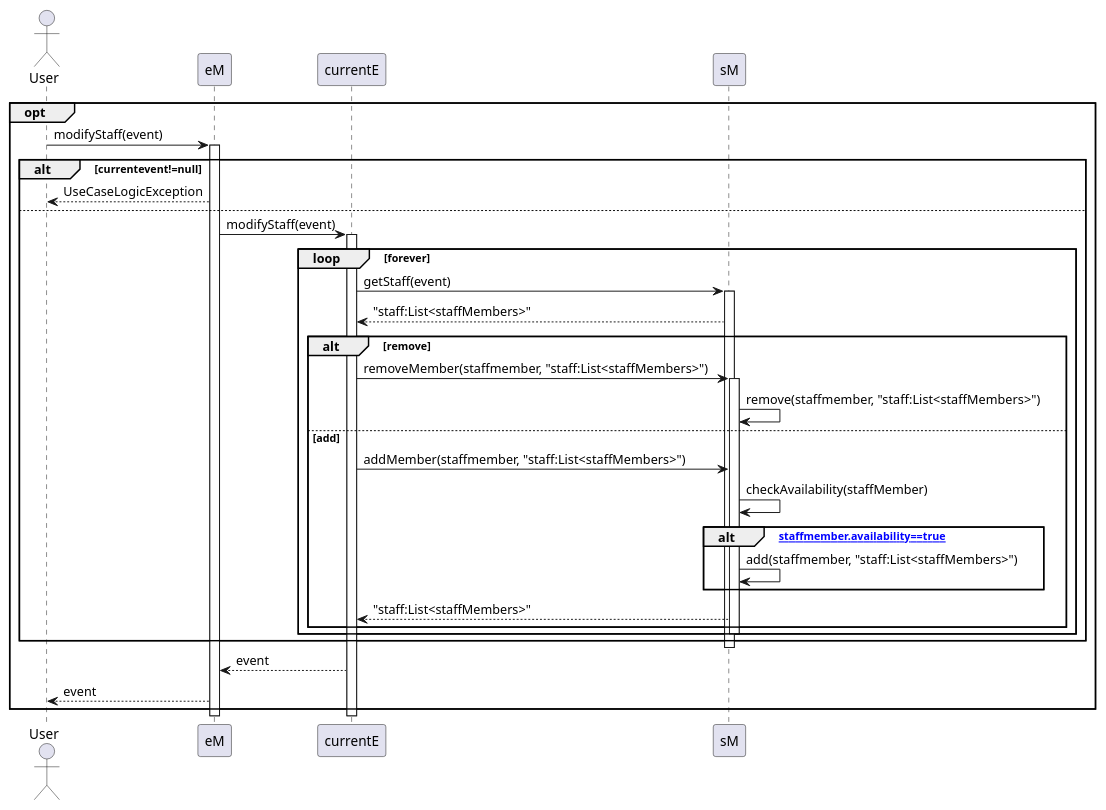
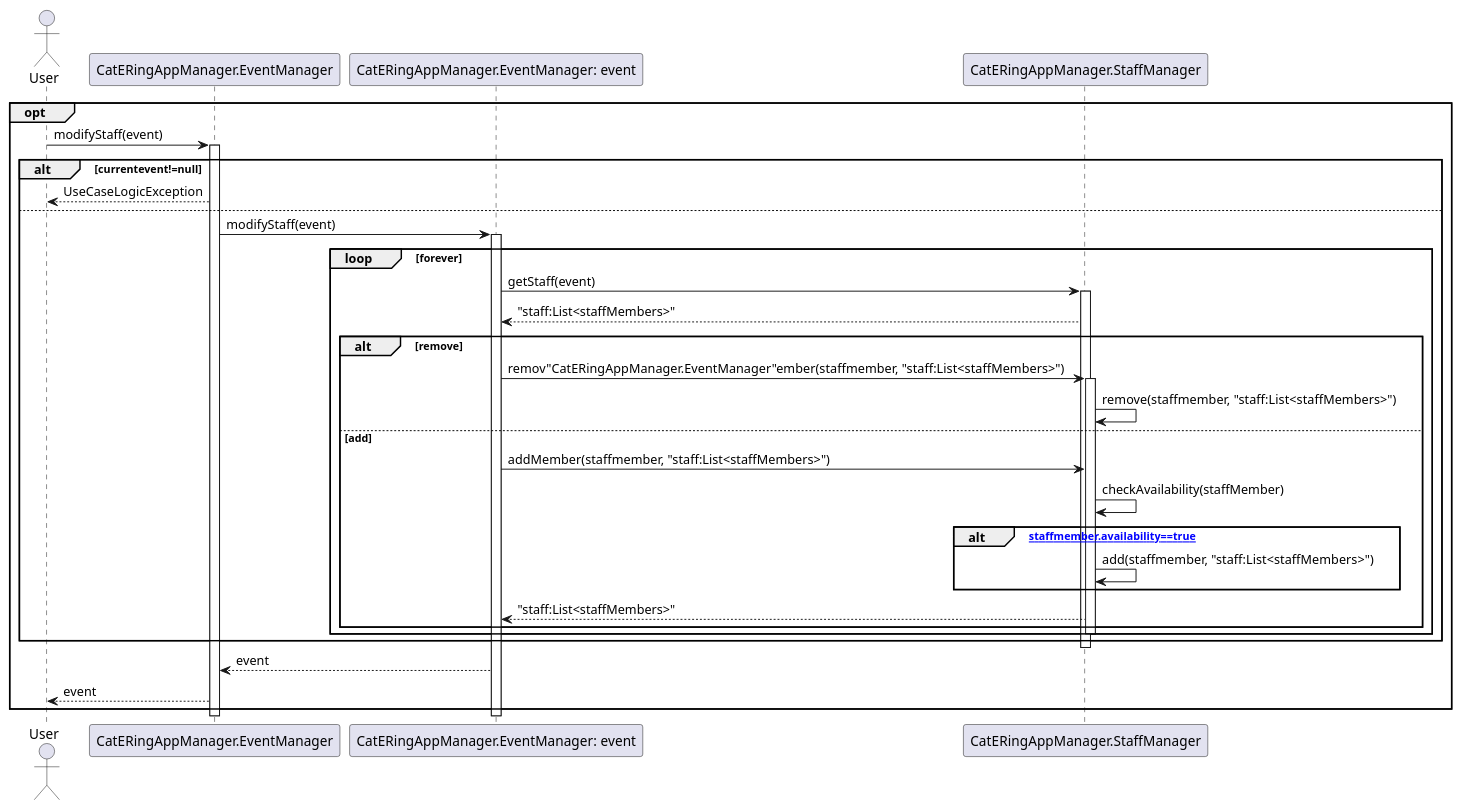
One commit to m0canu1/sas changed the diagram in dsd/dsd-eventi/scenarioPrincipale/modificaPersonale.md. Above: the diagram before and after it, drawn with PlantUML. The commit also changed 7 other files, not shown here.

````diff
--- a/dsd/dsd-eventi/scenarioPrincipale/modificaPersonale.md
+++ b/dsd/dsd-eventi/scenarioPrincipale/modificaPersonale.md
@@ -1,46 +1,46 @@
 ```plantuml
 Actor User
-Participant eM
-Participant currentE
-Participant sM
+Participant "CatERingAppManager.EventManager"
+Participant "CatERingAppManager.EventManager: event"
+Participant "CatERingAppManager.StaffManager"
 
 opt
-    User -> eM: modifyStaff(event)
-    Activate eM
+    User -> "CatERingAppManager.EventManager": modifyStaff(event)
+    Activate "CatERingAppManager.EventManager"
     
     alt currentevent!=null
-        eM --> User: UseCaseLogicException
+        "CatERingAppManager.EventManager" --> User: UseCaseLogicException
     else
-        eM -> currentE: modifyStaff(event)
-        Activate currentE
+        "CatERingAppManager.EventManager" -> "CatERingAppManager.EventManager: event": modifyStaff(event)
+        Activate "CatERingAppManager.EventManager: event"
         loop forever
-            currentE -> sM:  getStaff(event)
-            Activate sM
+            "CatERingAppManager.EventManager: event" -> "CatERingAppManager.StaffManager":  getStaff(event)
+            Activate "CatERingAppManager.StaffManager"
     
-            sM --> currentE: "staff:List<staffMembers>"
+            "CatERingAppManager.StaffManager" --> "CatERingAppManager.EventManager: event": "staff:List<staffMembers>"
 
             alt remove
-                currentE -> sM: removeMember(staffmember, "staff:List<staffMembers>")
-                Activate sM
-                sM -> sM: remove(staffmember, "staff:List<staffMembers>")
+                "CatERingAppManager.EventManager: event" -> "CatERingAppManager.StaffManager": remov"CatERingAppManager.EventManager"ember(staffmember, "staff:List<staffMembers>")
+                Activate "CatERingAppManager.StaffManager"
+                "CatERingAppManager.StaffManager" -> "CatERingAppManager.StaffManager": remove(staffmember, "staff:List<staffMembers>")
             else add
-                currentE -> sM: addMember(staffmember, "staff:List<staffMembers>")
+                "CatERingAppManager.EventManager: event" -> "CatERingAppManager.StaffManager": addMember(staffmember, "staff:List<staffMembers>")
 
-                sM -> sM: checkAvailability(staffMember)
+                "CatERingAppManager.StaffManager" -> "CatERingAppManager.StaffManager": checkAvailability(staffMember)
                 alt ["staffmember.availability==true"]
-                    sM -> sM: add(staffmember, "staff:List<staffMembers>")
+                    "CatERingAppManager.StaffManager" -> "CatERingAppManager.StaffManager": add(staffmember, "staff:List<staffMembers>")
                 end
-                sM --> currentE: "staff:List<staffMembers>"
+                "CatERingAppManager.StaffManager" --> "CatERingAppManager.EventManager: event": "staff:List<staffMembers>"
             end
-            Deactivate sM
+            Deactivate "CatERingAppManager.StaffManager"
         end
     end
-    Deactivate sM
-    currentE --> eM: event
-    eM --> User: event
+    Deactivate "CatERingAppManager.StaffManager"
+    "CatERingAppManager.EventManager: event" --> "CatERingAppManager.EventManager": event
+    "CatERingAppManager.EventManager" --> User: event
 end
-Deactivate currentE
-Deactivate eM
+Deactivate "CatERingAppManager.EventManager: event"
+Deactivate "CatERingAppManager.EventManager"
 
 
 ```
````
